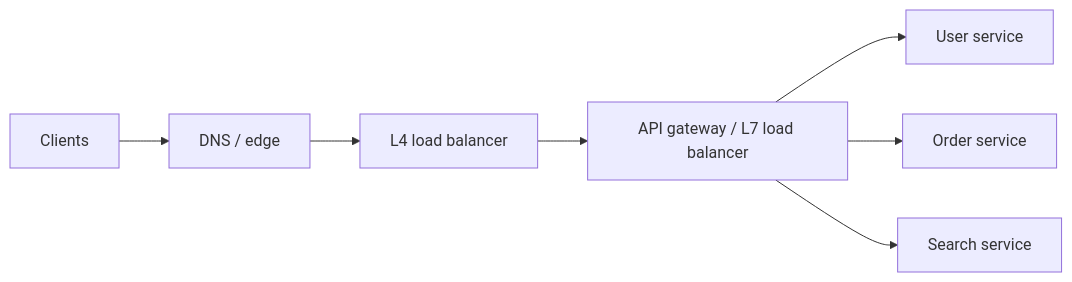
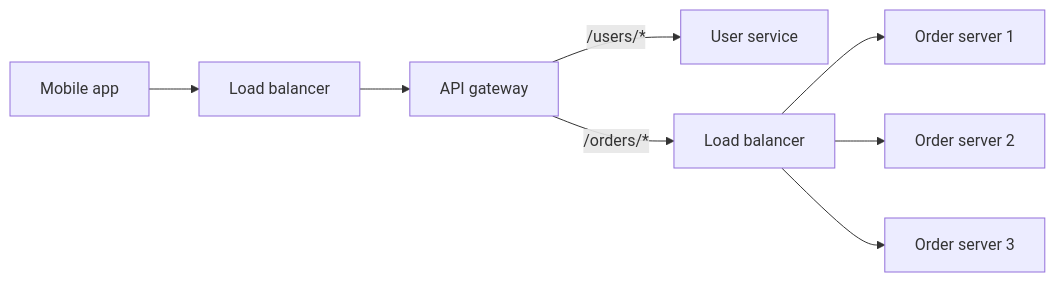
One commit to alanqi03/sys-design changed the diagram in api-gateway-load-balancing.md. Above: the diagram before and after it, drawn with Mermaid. The commit also changed other lines of this file and 5 other files, not shown here.

````diff
--- a/api-gateway-load-balancing.md
+++ b/api-gateway-load-balancing.md
@@ -14,9 +17,10 @@
 ```{mermaid}
 flowchart LR
-  clients[Clients] --> edge[DNS / edge]
-  edge --> l4[L4 load balancer]
-  l4 --> gateway[API gateway / L7 load balancer]
-  gateway --> users[User service]
-  gateway --> orders[Order service]
-  gateway --> search[Search service]
+  app[Mobile app] --> lb[Load balancer]
+  lb --> gw[API gateway]
+  gw -->|"/users/*"| users[User service]
+  gw -->|"/orders/*"| lb2[Load balancer]
+  lb2 --> o1[Order server 1]
+  lb2 --> o2[Order server 2]
+  lb2 --> o3[Order server 3]
 ```
````
